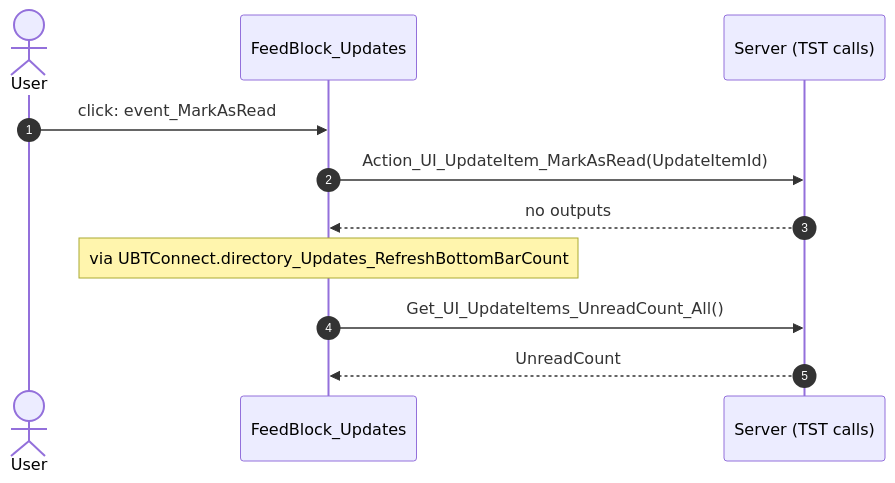
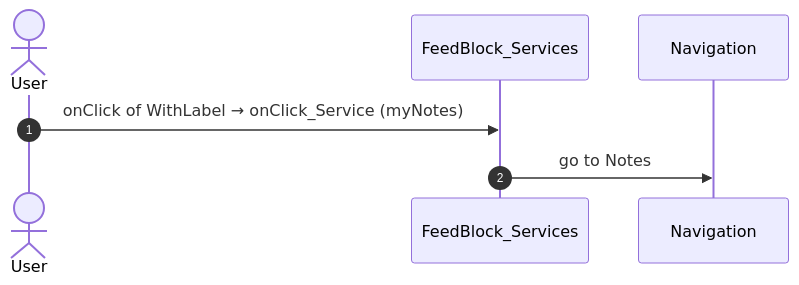
One commit to Phoenix-DX/connect-new-ui changed diagram 15 of 51 in migration/route-actions/HomeFeed.md. Above: the diagram before and after it, drawn with Mermaid. The commit also changed other lines of this file and 9 other files, not shown here.

Commit message:
route actions: facts only; user actions as two independent lists (OutSystems view bindings, React JSX bindings) with Mermaid sequences; factual call columns (direct caller, chains, React references); app shell by definition (survey shell, main.tsx code); constants read for React paths

````diff
--- a/migration/route-actions/HomeFeed.md
+++ b/migration/route-actions/HomeFeed.md
@@ -406,13 +356,9 @@
 ```mermaid
 sequenceDiagram
   autonumber
   actor U as User
-  participant B as FeedBlock_Updates
-  participant S as Server (TST calls)
-  U->>B: click: event_MarkAsRead
-  B->>S: Action_UI_UpdateItem_MarkAsRead(UpdateItemId)
-  S-->>B: no outputs
-  Note over B: via UBTConnect.directory_Updates_RefreshBottomBarCount
-  B->>S: Get_UI_UpdateItems_UnreadCount_All()
-  S-->>B: UnreadCount
+  participant B as FeedBlock_Services
+  participant N as Navigation
+  U->>B: onClick of WithLabel → onClick_Service (myNotes)
+  B->>N: go to Notes
 ```
````
